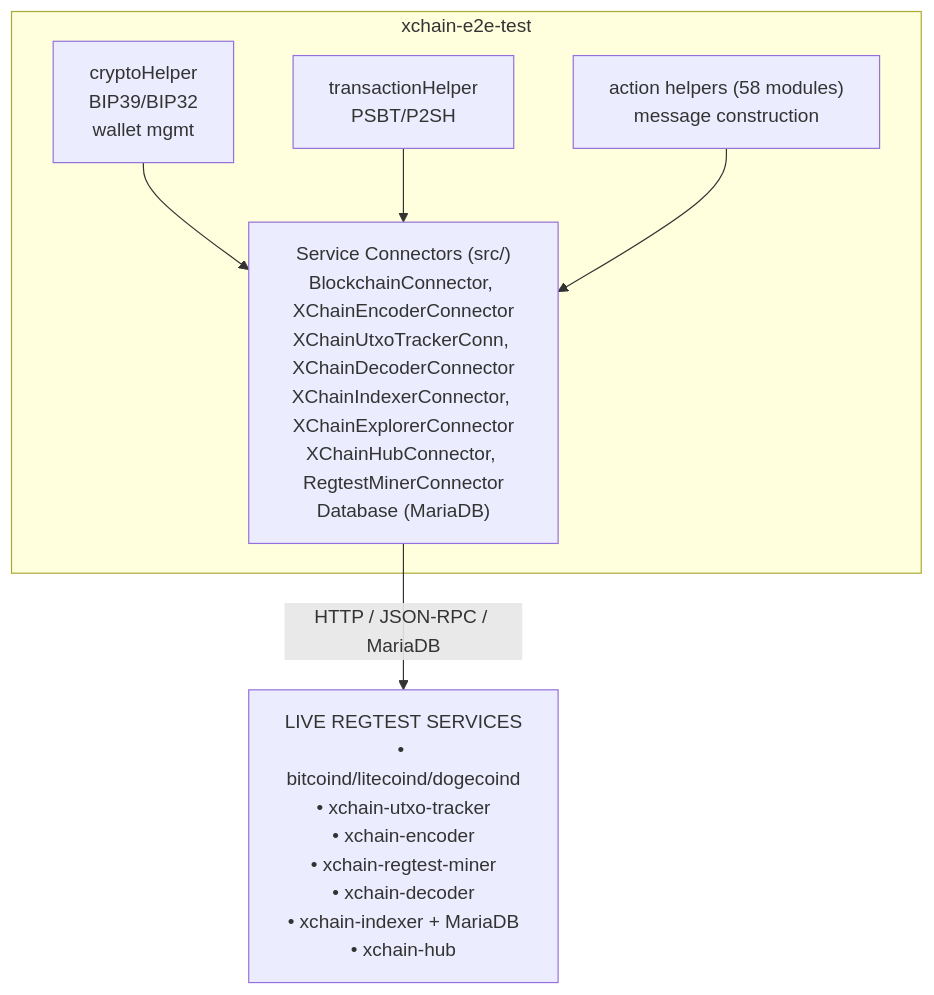
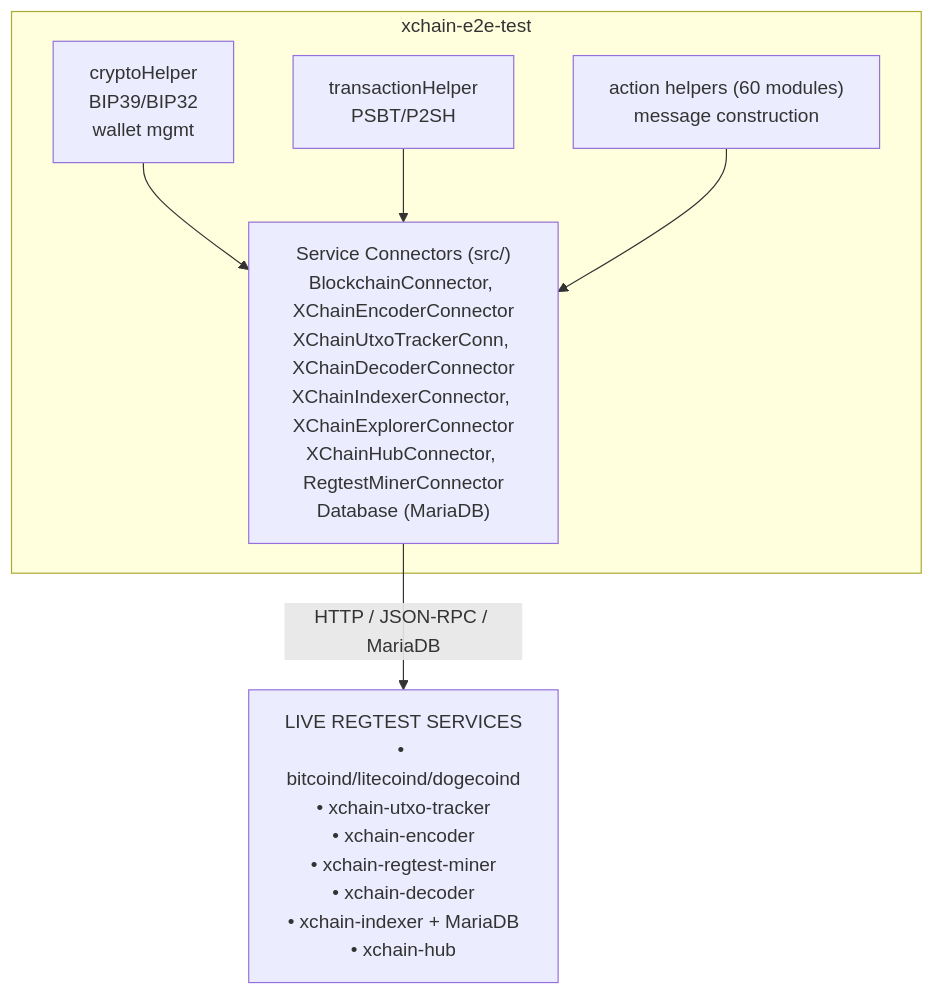
One commit to XChain-Platform/xchain-documentation changed the second of 2 diagrams in components/e2e-test/README.md. Above: the diagram before and after it, drawn with Mermaid. The commit also changed 1 other file, not shown here.

Commit message:
Publish the e2e helper module count as 60
Two helper modules landed in xchain-e2e-test today without the published count moving, which turned its action_suite_count check red on every push.

````diff
--- a/components/e2e-test/README.md
+++ b/components/e2e-test/README.md
@@ -65,14 +65,14 @@
 ```mermaid
 flowchart TD
     subgraph E2E["xchain-e2e-test"]
         CH["cryptoHelper<br>BIP39/BIP32<br>wallet mgmt"]
         TH["transactionHelper<br>PSBT/P2SH"]
-        AH["action helpers (58 modules)<br>message construction"]
+        AH["action helpers (60 modules)<br>message construction"]
         SC["Service Connectors (src/)<br>BlockchainConnector, XChainEncoderConnector<br>XChainUtxoTrackerConn, XChainDecoderConnector<br>XChainIndexerConnector, XChainExplorerConnector<br>XChainHubConnector, RegtestMinerConnector<br>Database (MariaDB)"]
         CH --> SC
         TH --> SC
         AH --> SC
     end
     SVC["LIVE REGTEST SERVICES<br>• bitcoind/litecoind/dogecoind<br>• xchain-utxo-tracker<br>• xchain-encoder<br>• xchain-regtest-miner<br>• xchain-decoder<br>• xchain-indexer + MariaDB<br>• xchain-hub"]
     SC -->|HTTP / JSON-RPC / MariaDB| SVC
 ```
````
